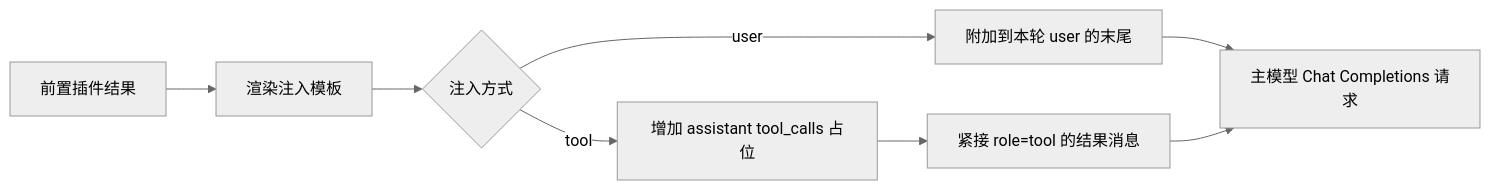
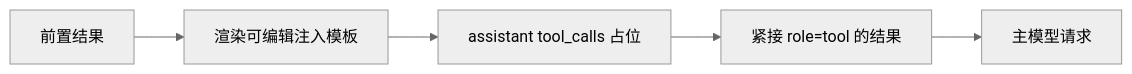
The seventh of 8 diagrams in docs/PLUGINS.md (ccawmiku/workers-chat), drawn with Mermaid (neutral theme) before and after one commit. The commit also changed other lines of this file and 30 other files, not shown here.

````diff
--- a/docs/PLUGINS.md
+++ b/docs/PLUGINS.md
@@ -357,10 +338,7 @@
 ```mermaid
 flowchart LR
-    Result[前置插件结果] --> Template[渲染注入模板]
-    Template --> Mode{注入方式}
-    Mode -->|user| Append[附加到本轮 user 的末尾]
-    Mode -->|tool| Call[增加 assistant tool_calls 占位]
-    Call --> Tool[紧接 role=tool 的结果消息]
-    Append --> Main[主模型 Chat Completions 请求]
-    Tool --> Main
+    Result[前置结果] --> Template[渲染可编辑注入模板]
+    Template --> Call[assistant tool_calls 占位]
+    Call --> Tool[紧接 role=tool 的结果]
+    Tool --> Main[主模型请求]
 ```
````
